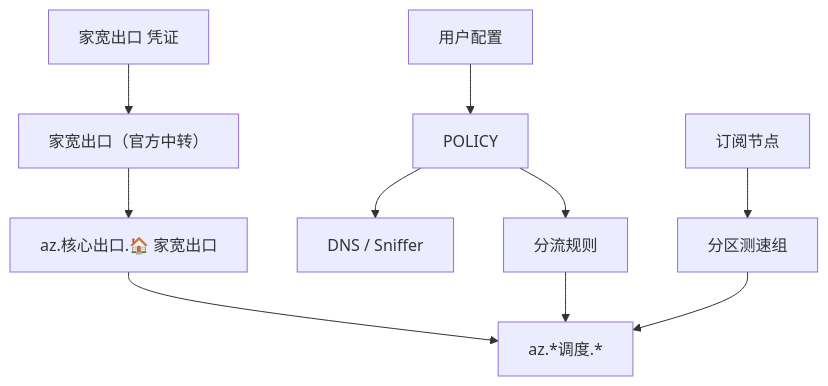
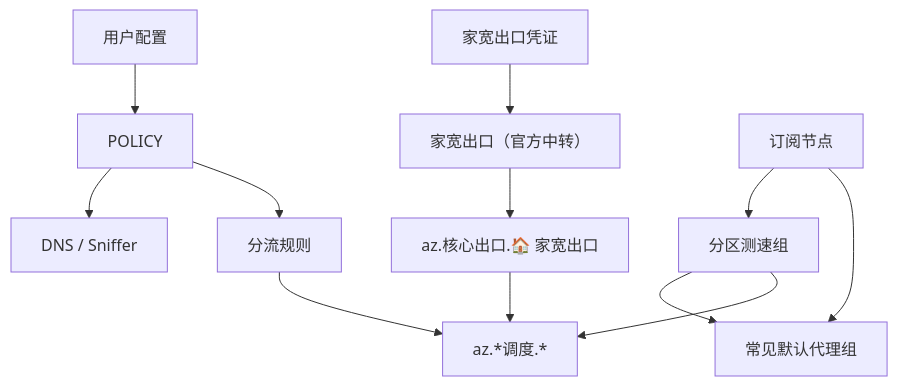
One commit to andrew-zyf/clash-override-home-broadband-chain-proxy changed the diagram in README.md. Above: the diagram before and after it, drawn with Mermaid. The commit also changed other lines of this file and 3 other files, not shown here.

````diff
--- a/README.md
+++ b/README.md
@@ -94,12 +97,14 @@
 ```mermaid
 flowchart TD
   A["用户配置"] --> B["POLICY"]
   B --> C["DNS / Sniffer"]
   B --> D["分流规则"]
-  E["家宽出口 凭证"] --> F["家宽出口（官方中转）"]
+  E["家宽出口凭证"] --> F["家宽出口（官方中转）"]
   F --> G["az.核心出口.🏠 家宽出口"]
   H["订阅节点"] --> I["分区测速组"]
+  H --> K["常见默认代理组"]
+  I --> K
   G --> J["az.*调度.*"]
   I --> J
   D --> J
 ```
````
